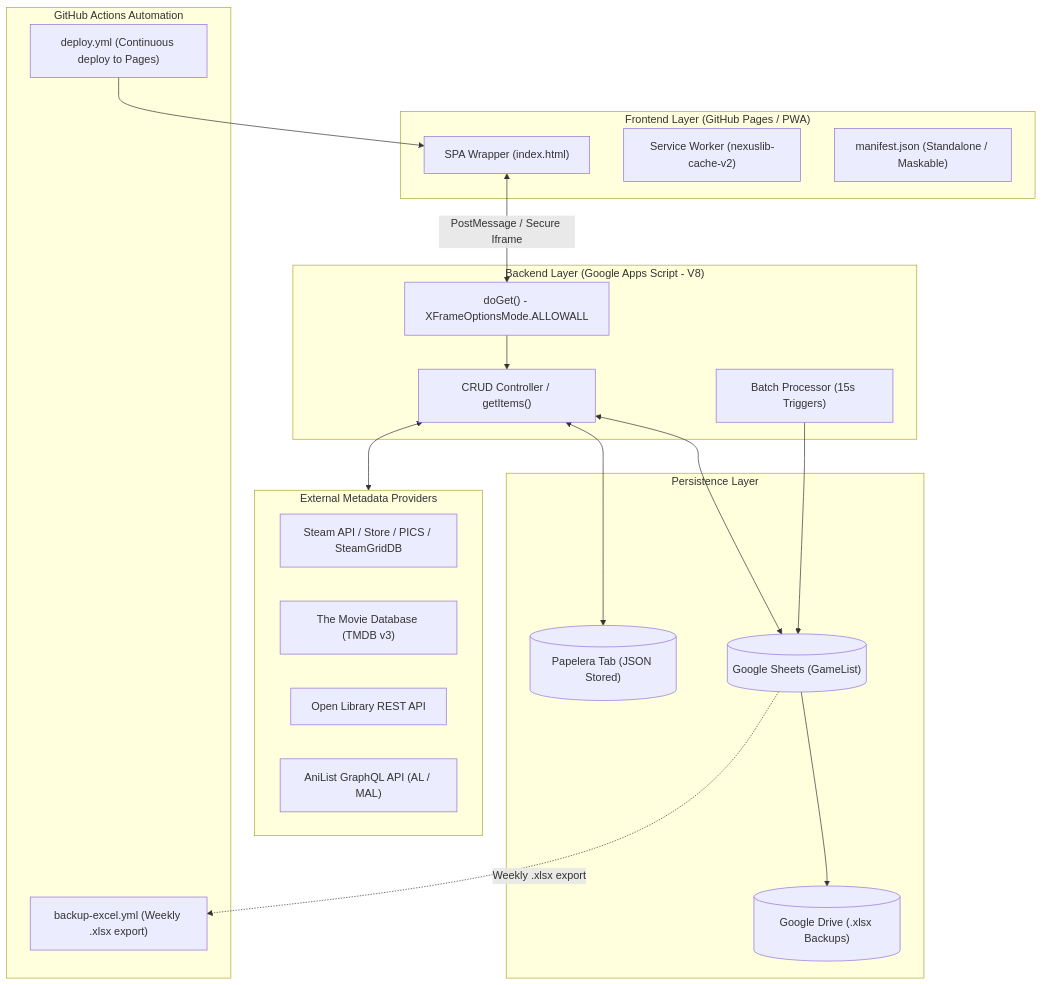
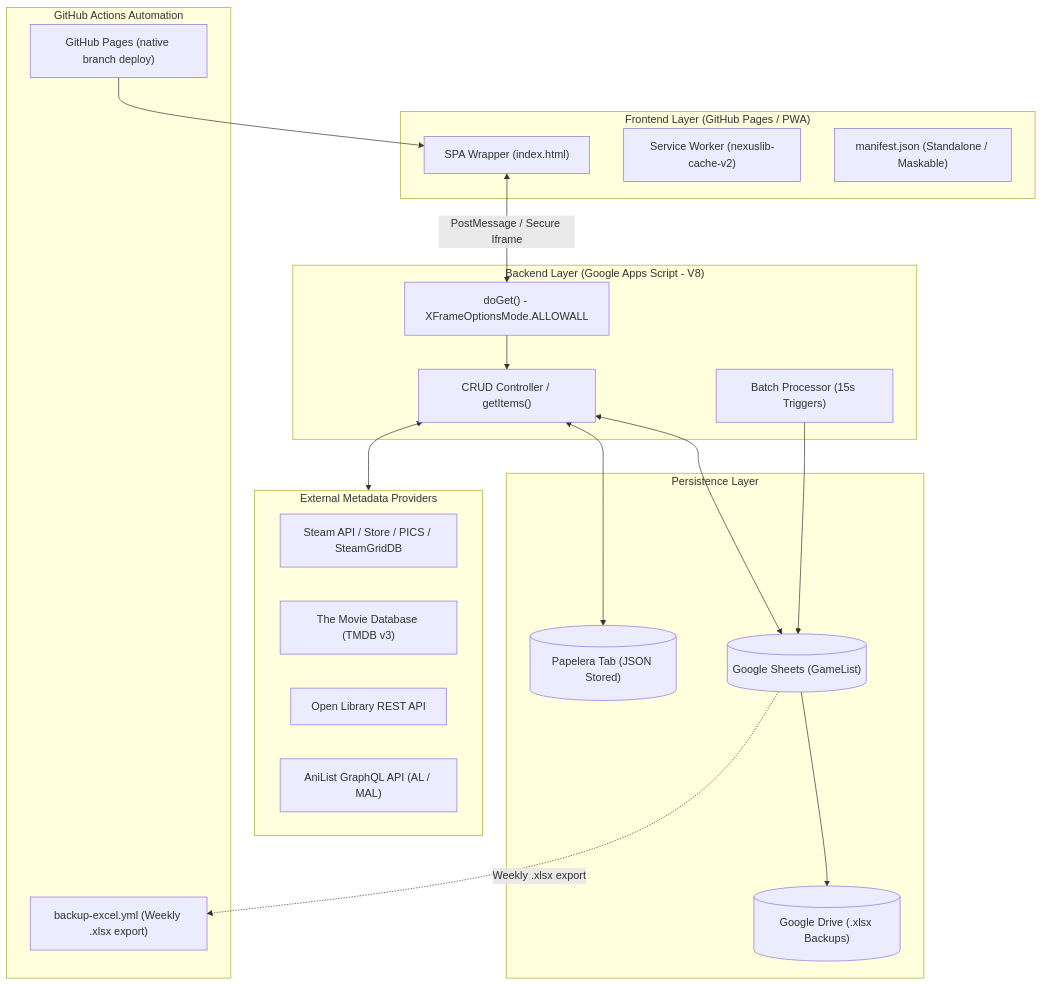
One commit to angellrnzo/nexuslib changed the diagram in README.md. Above: the diagram before and after it, drawn with Mermaid. The commit also changed other lines of this file and 2 other files, not shown here.

Commit message:
Remove redundant deploy.yml — Pages uses native branch deploy (was racing with it)

````diff
--- a/README.md
+++ b/README.md
@@ -69,42 +69,42 @@
 ```mermaid
 flowchart TD
     subgraph Frontend["Frontend Layer (GitHub Pages / PWA)"]
         UI["SPA Wrapper (index.html)"]
         SW["Service Worker (nexuslib-cache-v2)"]
         Manifest["manifest.json (Standalone / Maskable)"]
     end
 
     subgraph Backend["Backend Layer (Google Apps Script - V8)"]
         Router["doGet() - XFrameOptionsMode.ALLOWALL"]
         API["CRUD Controller / getItems()"]
         Batch["Batch Processor (15s Triggers)"]
     end
 
     subgraph ExternalAPIs["External Metadata Providers"]
         Steam["Steam API / Store / PICS / SteamGridDB"]
         TMDB["The Movie Database (TMDB v3)"]
         OpenLib["Open Library REST API"]
         AniList["AniList GraphQL API (AL / MAL)"]
     end
 
     subgraph Database["Persistence Layer"]
         Sheets[("Google Sheets (GameList)")]
         Trash[("Papelera Tab (JSON Stored)")]
         DriveBackup[("Google Drive (.xlsx Backups)")]
     end
 
     subgraph Automation["GitHub Actions Automation"]
-        DeployAction["deploy.yml (Continuous deploy to Pages)"]
+        DeployAction["GitHub Pages (native branch deploy)"]
         BackupAction["backup-excel.yml (Weekly .xlsx export)"]
     end
 
     UI <--> |PostMessage / Secure Iframe| Router
     Router --> API
     API <--> ExternalAPIs
     API <--> Sheets
     API <--> Trash
     Batch --> Sheets
     Sheets --> DriveBackup
     Sheets -.-> |Weekly .xlsx export| BackupAction
     DeployAction --> UI
 ```
````
